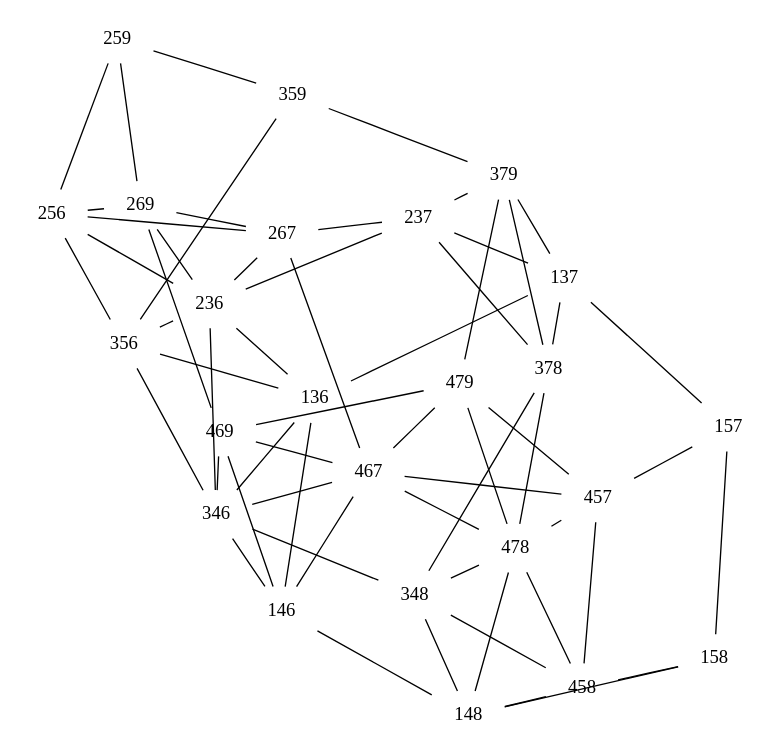
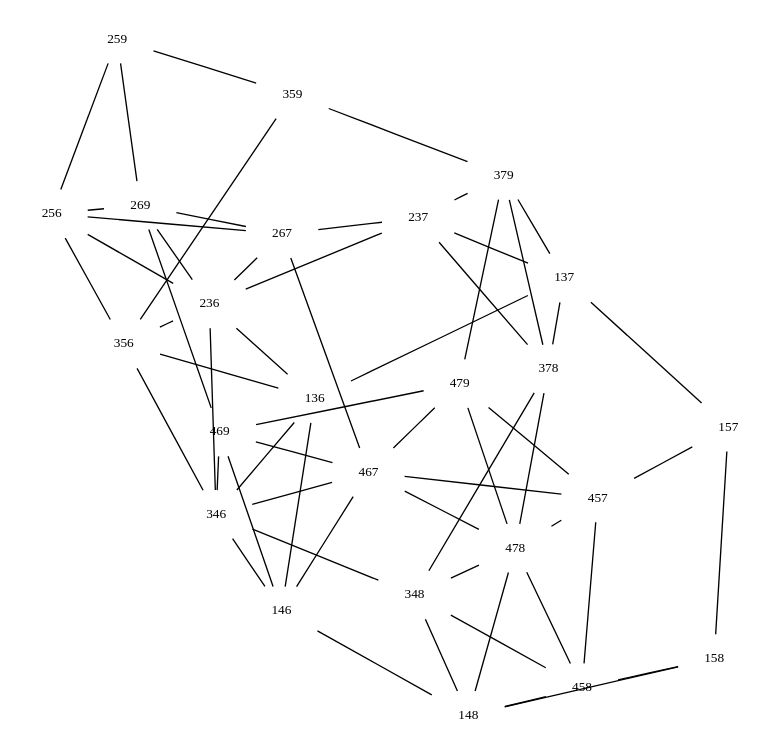
The diagram in data/dot/tj/oh/tj_oh_p148.0.dot (rd--/hmt), drawn with Graphviz before and after one commit. The commit also changed 40 other files, not shown here.

Commit message:
~Music/Theory/Graph/Johnson_2014+p172

```diff
--- a/data/dot/tj/oh/tj_oh_p148.0.dot
+++ b/data/dot/tj/oh/tj_oh_p148.0.dot
@@ -1,90 +1,90 @@
 graph
  g {
 edge [len=1.75]
-graph [layout=neato,epsilon=0.000001,fontsize=10,fontname="century schoolbook"]
-node [shape=plaintext]
+graph [layout=neato,epsilon=0.000001]
+node [fontsize=10,fontname="century schoolbook",shape=plaintext]
 0 [label=136];
 1 [label=137];
 2 [label=146];
 3 [label=236];
 4 [label=346];
 5 [label=356];
 6 [label=157];
 7 [label=237];
 8 [label=378];
 9 [label=379];
 10 [label=148];
 11 [label=467];
 12 [label=469];
 13 [label=158];
 14 [label=348];
 15 [label=458];
 16 [label=478];
 17 [label=457];
 18 [label=256];
 19 [label=267];
 20 [label=269];
 21 [label=259];
 22 [label=359];
 23 [label=479];
 0 -- 1;
 0 -- 2;
 0 -- 3;
 0 -- 4;
 0 -- 5;
 1 -- 6;
 1 -- 7;
 1 -- 8;
 1 -- 9;
 2 -- 4;
 2 -- 10;
 2 -- 11;
 2 -- 12;
 3 -- 4;
 3 -- 5;
 3 -- 7;
 3 -- 18;
 3 -- 19;
 3 -- 20;
 4 -- 5;
 4 -- 11;
 4 -- 12;
 4 -- 14;
 5 -- 22;
 6 -- 13;
 6 -- 17;
 7 -- 8;
 7 -- 9;
 7 -- 19;
 8 -- 9;
 8 -- 16;
 9 -- 23;
 10 -- 13;
 10 -- 14;
 10 -- 15;
 10 -- 16;
 11 -- 12;
 11 -- 16;
 11 -- 23;
 12 -- 23;
 13 -- 15;
 14 -- 8;
 14 -- 15;
 14 -- 16;
 15 -- 16;
 16 -- 23;
 17 -- 11;
 17 -- 15;
 17 -- 16;
 17 -- 23;
 18 -- 5;
 18 -- 19;
 18 -- 20;
 18 -- 21;
 19 -- 11;
 19 -- 20;
 20 -- 12;
 21 -- 20;
 21 -- 22;
 22 -- 9;
 }
```
